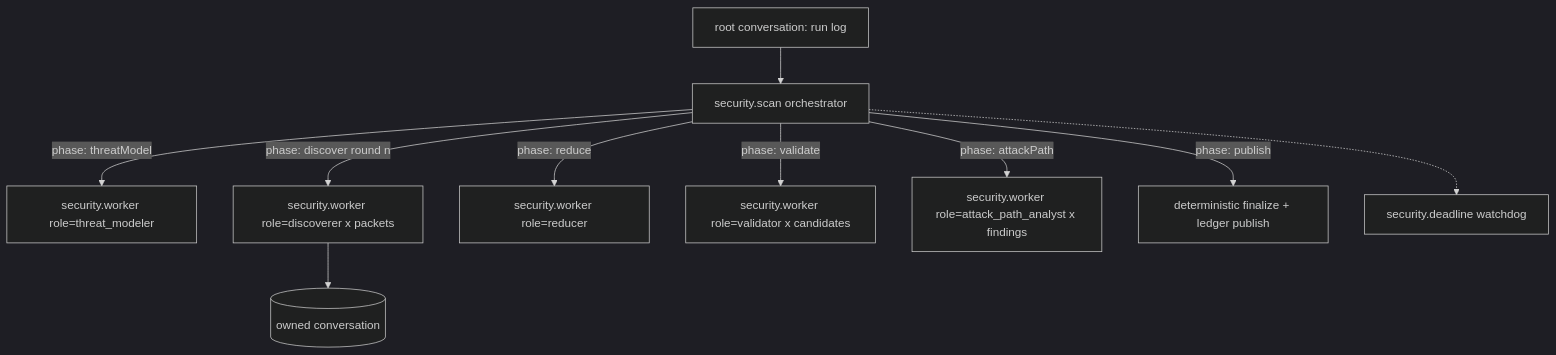
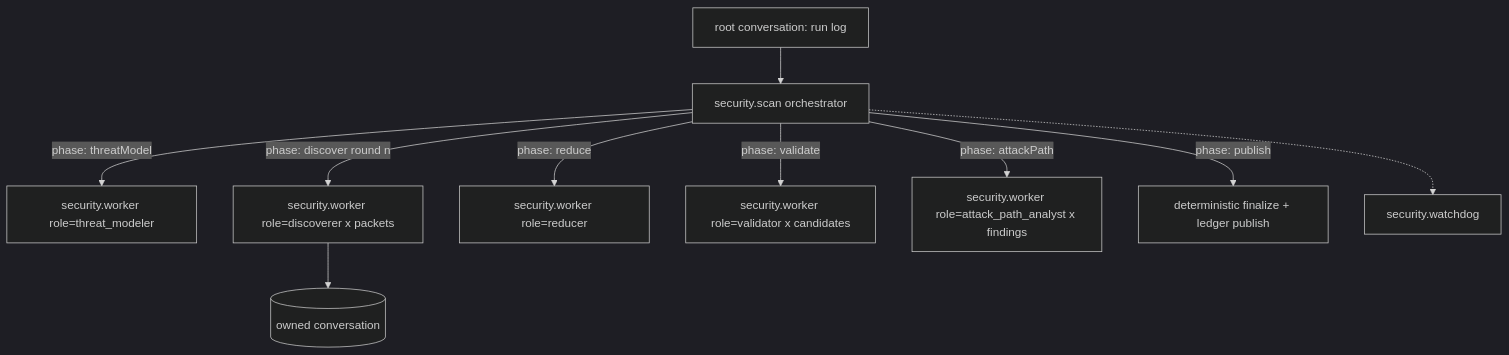
Before and after one commit to citizen-123/pi-security: the diagram in openspec/changes/durable-runtime/design.md, drawn with Mermaid (dark theme). The commit also changed other lines of this file and 6 other files, not shown here.

````diff
--- a/openspec/changes/durable-runtime/design.md
+++ b/openspec/changes/durable-runtime/design.md
@@ -70,12 +70,12 @@
 ```mermaid
 flowchart TD
   R[root conversation: run log] --> S[security.scan orchestrator]
   S -->|phase: threatModel| W0[security.worker role=threat_modeler]
   S -->|phase: discover round n| W1[security.worker role=discoverer x packets]
   S -->|phase: reduce| W2[security.worker role=reducer]
   S -->|phase: validate| W3[security.worker role=validator x candidates]
   S -->|phase: attackPath| W4[security.worker role=attack_path_analyst x findings]
   S -->|phase: publish| P[deterministic finalize + ledger publish]
-  S -.-> D[security.deadline watchdog]
+  S -.-> D[security.watchdog]
   W1 --> C1[(owned conversation)]
 ```
````
